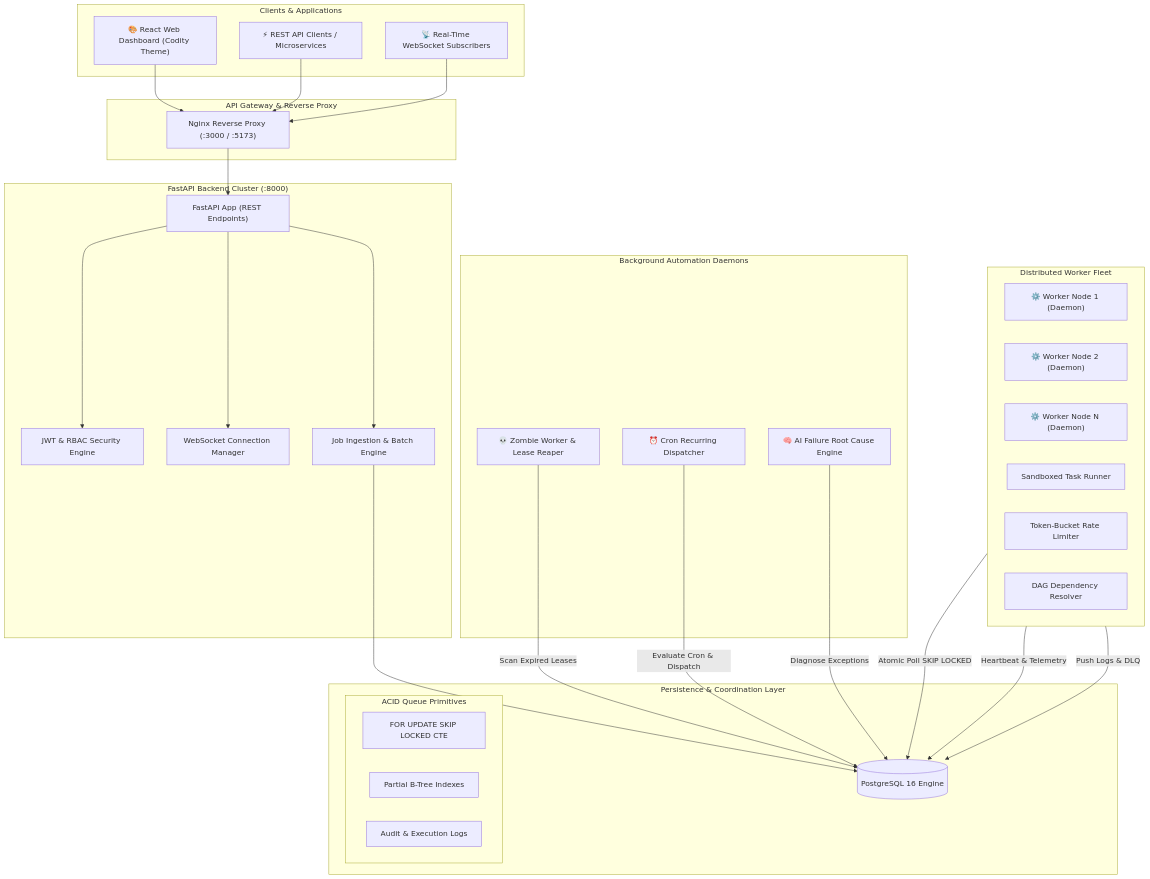
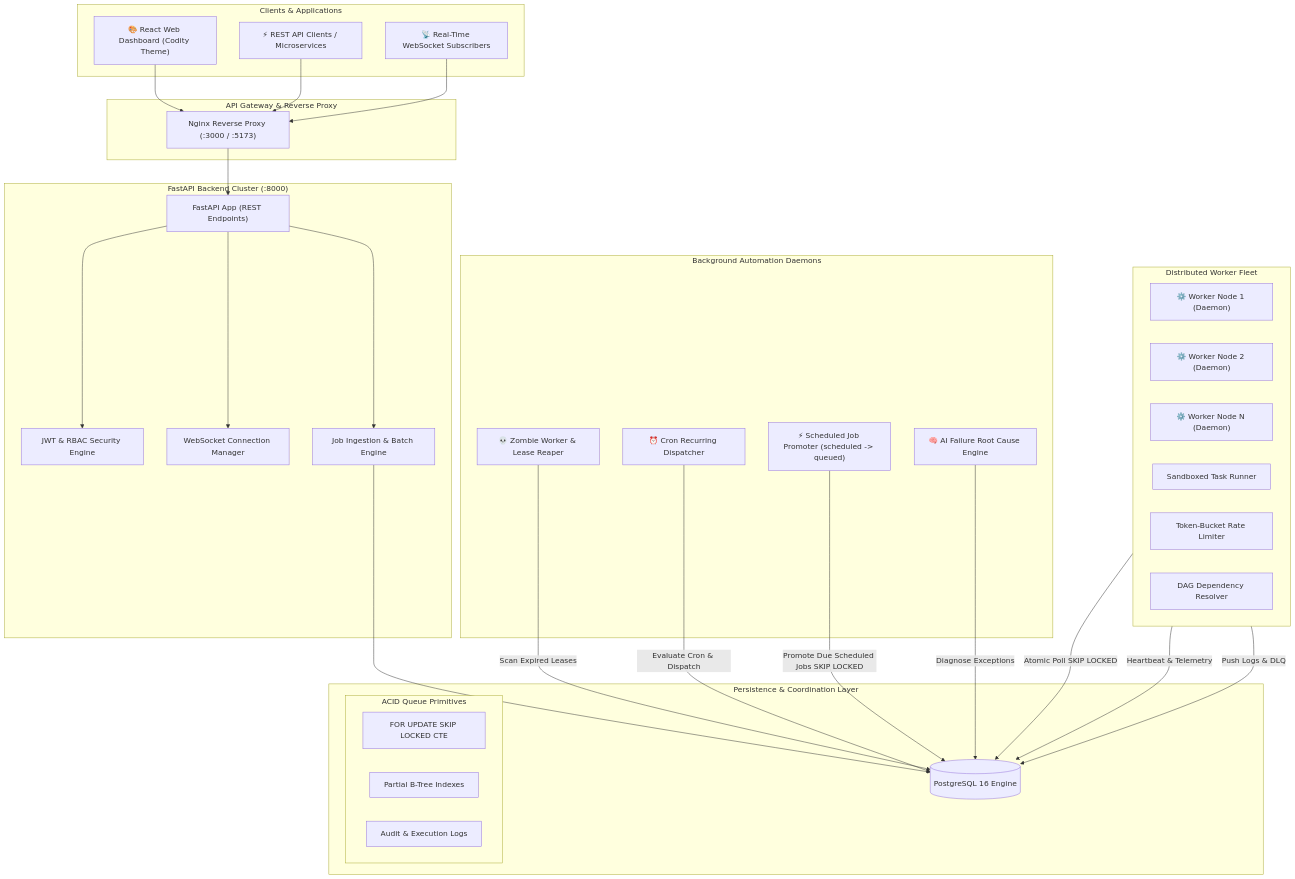
One commit to rohitmore2020/Job_schedular changed the diagram in docs/architecture.md. Above: the diagram before and after it, drawn with Mermaid. The commit also changed 7 other files, not shown here.

Commit message:
Phase 1.1: Implement ScheduledJobPromoter component for explicit scheduled -> queued delayed job transitions with HA SKIP LOCKED race safety

````diff
--- a/docs/architecture.md
+++ b/docs/architecture.md
@@ -7,61 +7,63 @@
 ```mermaid
 flowchart TB
     subgraph Clients["Clients & Applications"]
         Browser["🎨 React Web Dashboard (Codity Theme)"]
         HTTPClient["⚡ REST API Clients / Microservices"]
         WSClient["📡 Real-Time WebSocket Subscribers"]
     end
 
     subgraph Gateway["API Gateway & Reverse Proxy"]
         Nginx["Nginx Reverse Proxy (:3000 / :5173)"]
     end
 
     subgraph BackendCluster["FastAPI Backend Cluster (:8000)"]
         API["FastAPI App (REST Endpoints)"]
         AuthModule["JWT & RBAC Security Engine"]
         WSManager["WebSocket Connection Manager"]
         JobIngest["Job Ingestion & Batch Engine"]
     end
 
     subgraph Storage["Persistence & Coordination Layer"]
         Postgres[(PostgreSQL 16 Engine)]
         subgraph PGFeatures["ACID Queue Primitives"]
             SkipLocked["FOR UPDATE SKIP LOCKED CTE"]
             PartialIdx["Partial B-Tree Indexes"]
             AuditLogs["Audit & Execution Logs"]
         end
     end
 
     subgraph WorkerFleet["Distributed Worker Fleet"]
         Worker1["⚙️ Worker Node 1 (Daemon)"]
         Worker2["⚙️ Worker Node 2 (Daemon)"]
         WorkerN["⚙️ Worker Node N (Daemon)"]
         Runner["Sandboxed Task Runner"]
         RateLimiter["Token-Bucket Rate Limiter"]
         DAGEngine["DAG Dependency Resolver"]
     end
 
     subgraph SchedulerDaemons["Background Automation Daemons"]
         Reaper["💀 Zombie Worker & Lease Reaper"]
         CronDispatcher["⏰ Cron Recurring Dispatcher"]
+        Promoter["⚡ Scheduled Job Promoter (scheduled -> queued)"]
         AIDiagnostics["🧠 AI Failure Root Cause Engine"]
     end
 
     Browser --> Nginx
     HTTPClient --> Nginx
     WSClient --> Nginx
     Nginx --> API
 
     API --> AuthModule
     API --> WSManager
     API --> JobIngest
     JobIngest --> Postgres
 
     WorkerFleet -->|Atomic Poll SKIP LOCKED| Postgres
     WorkerFleet -->|Heartbeat & Telemetry| Postgres
     WorkerFleet -->|Push Logs & DLQ| Postgres
 
     Reaper -->|Scan Expired Leases| Postgres
     CronDispatcher -->|Evaluate Cron & Dispatch| Postgres
+    Promoter -->|Promote Due Scheduled Jobs SKIP LOCKED| Postgres
     AIDiagnostics -->|Diagnose Exceptions| Postgres
 ```
````
